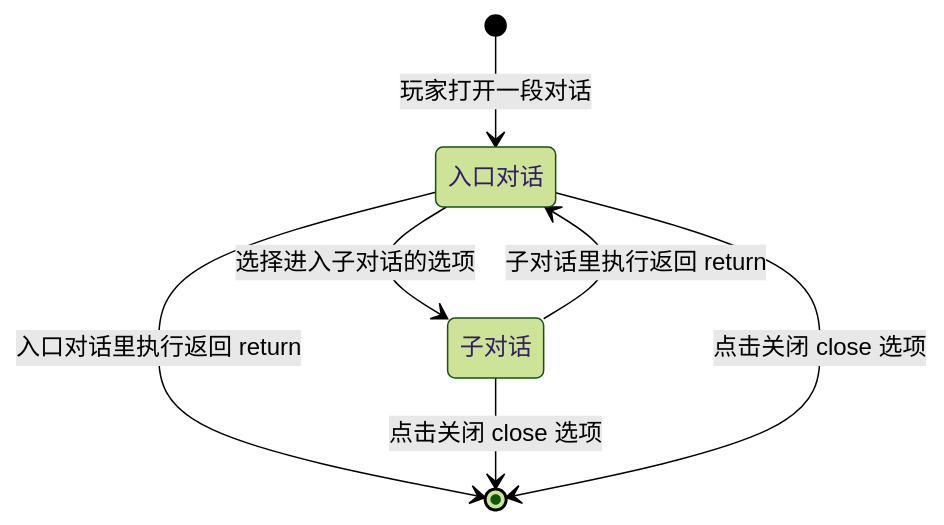
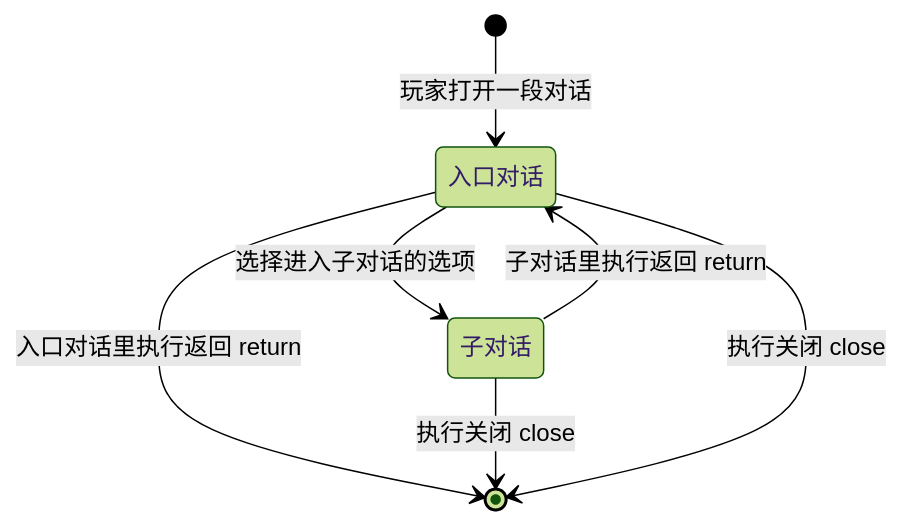
One commit to RookiesTwo/MaiMai-Dialogue changed the diagram in docs/concepts/session.md. Above: the diagram before and after it, drawn with Mermaid (forest theme). The commit also changed other lines of this file and 9 other files, not shown here.

````diff
--- a/docs/concepts/session.md
+++ b/docs/concepts/session.md
@@ -19,9 +19,9 @@
 ```mermaid
 stateDiagram-v2
     [*] --> 入口对话: 玩家打开一段对话
     入口对话 --> 子对话: 选择进入子对话的选项
     子对话 --> 入口对话: 子对话里执行返回 return
     入口对话 --> [*]: 入口对话里执行返回 return
-    子对话 --> [*]: 点击关闭 close 选项
-    入口对话 --> [*]: 点击关闭 close 选项
+    子对话 --> [*]: 执行关闭 close
+    入口对话 --> [*]: 执行关闭 close
 ```
````
